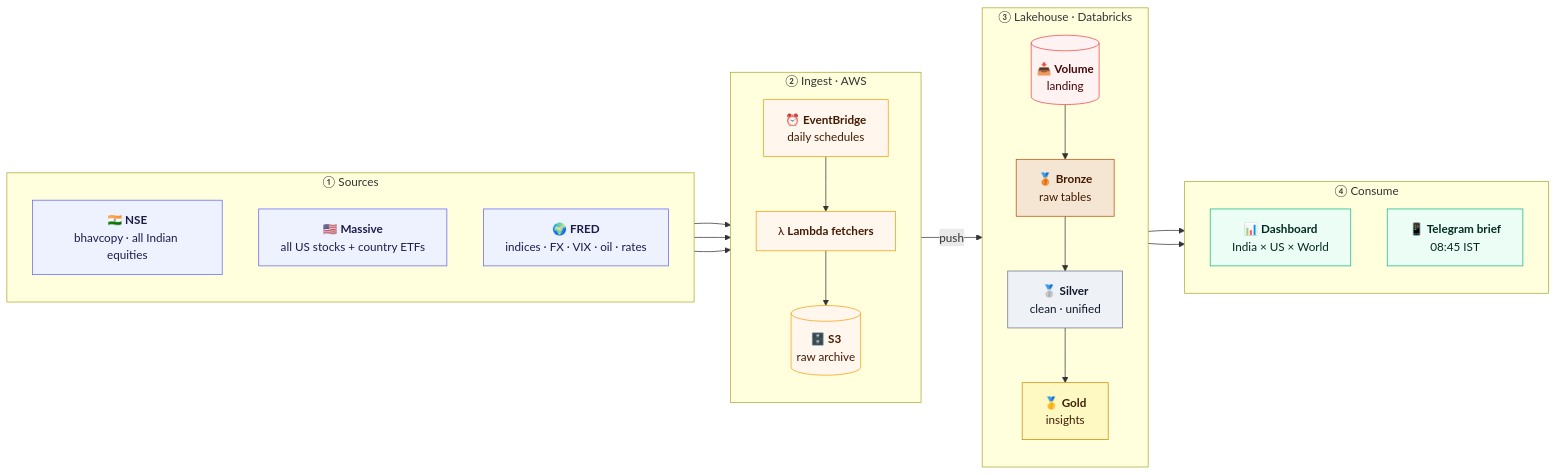
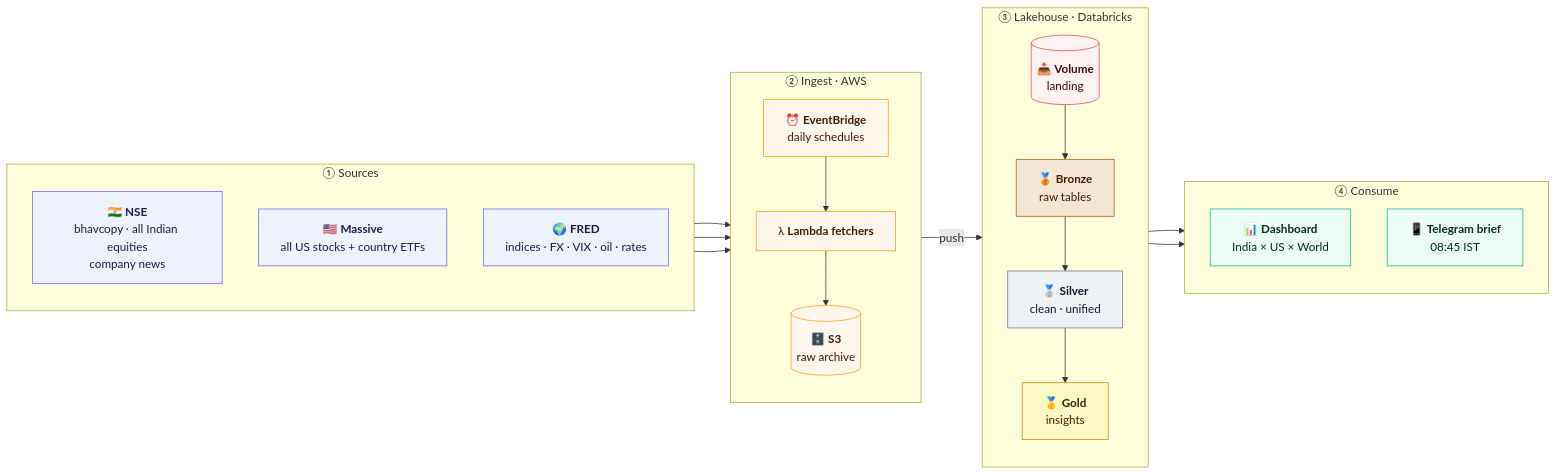
The diagram in docs/diagrams/01_overview.mmd (bumblebee26/stocks_lakehouse), drawn with Mermaid before and after one commit. The commit also changed 18 other files, not shown here.

First line of the commit message:
Docs: news, portfolio, fundamentals and long-term tables in diagrams and docs; dashboard summaries and SQL check

```diff
--- a/docs/diagrams/01_overview.mmd
+++ b/docs/diagrams/01_overview.mmd
@@ -1,52 +1,52 @@
 flowchart LR
     subgraph S["① Sources"]
         direction TB
-        NSE["🇮🇳 <b>NSE</b><br/>bhavcopy · all Indian equities"]
+        NSE["🇮🇳 <b>NSE</b><br/>bhavcopy · all Indian equities<br/>company news"]
         MAS["🇺🇸 <b>Massive</b><br/>all US stocks + country ETFs"]
         FRED["🌍 <b>FRED</b><br/>indices · FX · VIX · oil · rates"]
     end
 
     subgraph I["② Ingest · AWS"]
         direction TB
         SCH["⏰ <b>EventBridge</b><br/>daily schedules"]
         LAM["λ <b>Lambda fetchers</b>"]
         S3[("🗄️ <b>S3</b><br/>raw archive")]
         SCH --> LAM --> S3
     end
 
     subgraph L["③ Lakehouse · Databricks"]
         direction TB
         VOL[("📥 <b>Volume</b><br/>landing")]
         BR["🥉 <b>Bronze</b><br/>raw tables"]
         SI["🥈 <b>Silver</b><br/>clean · unified"]
         GO["🥇 <b>Gold</b><br/>insights"]
         VOL --> BR --> SI --> GO
     end
 
     subgraph O["④ Consume"]
         direction TB
         DASH["📊 <b>Dashboard</b><br/>India × US × World"]
         TG["📱 <b>Telegram brief</b><br/>08:45 IST"]
     end
 
     NSE --> LAM
     MAS --> LAM
     FRED --> LAM
     LAM -- "push" --> VOL
     GO --> DASH
     GO --> TG
 
     classDef src fill:#eef2ff,stroke:#6366f1,color:#1e1b4b
     classDef aws fill:#fff7ed,stroke:#f59e0b,color:#451a03
     classDef dbx fill:#fef2f2,stroke:#ef4444,color:#450a0a
     classDef bronze fill:#f5e6d3,stroke:#b45309,color:#451a03
     classDef silver fill:#eef2f6,stroke:#64748b,color:#0f172a
     classDef gold fill:#fef9c3,stroke:#ca8a04,color:#422006
     classDef out fill:#ecfdf5,stroke:#10b981,color:#022c22
     class NSE,MAS,FRED src
     class SCH,LAM,S3 aws
     class VOL dbx
     class BR bronze
     class SI silver
     class GO gold
     class DASH,TG out
```
